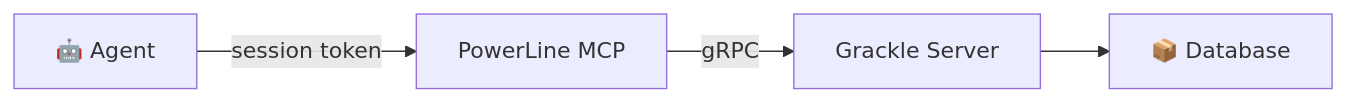
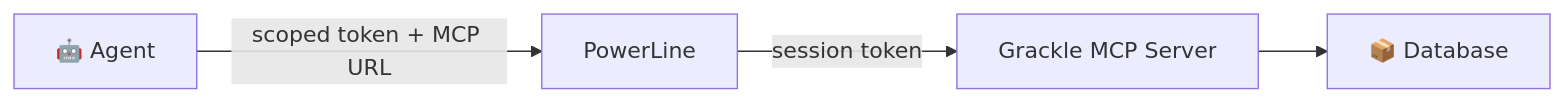
Before and after one commit to nick-pape/grackle: the diagram in apps/docs-site/docs/guides/mcp.md, drawn with Mermaid. The commit also changed other lines of this file and 6 other files, not shown here.

````diff
--- a/apps/docs-site/docs/guides/mcp.md
+++ b/apps/docs-site/docs/guides/mcp.md
@@ -132,6 +132,6 @@
 ```mermaid
 graph LR
-    A["🤖 Agent"] -->|session token| PL["PowerLine MCP"]
-    PL -->|gRPC| S["Grackle Server"]
+    A["🤖 Agent"] -->|scoped token + MCP URL| PL["PowerLine"]
+    PL -->|session token| S["Grackle MCP Server"]
     S --> DB["📦 Database"]
 ```
````
